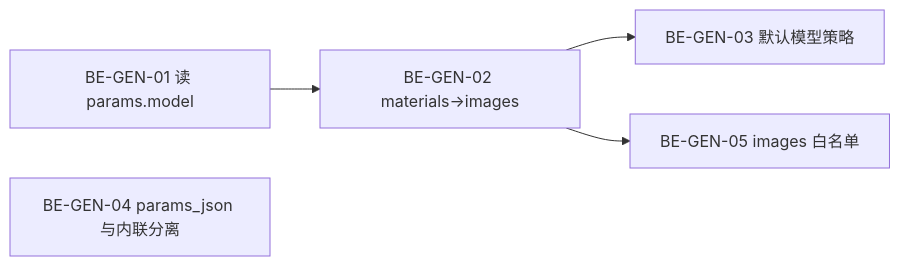
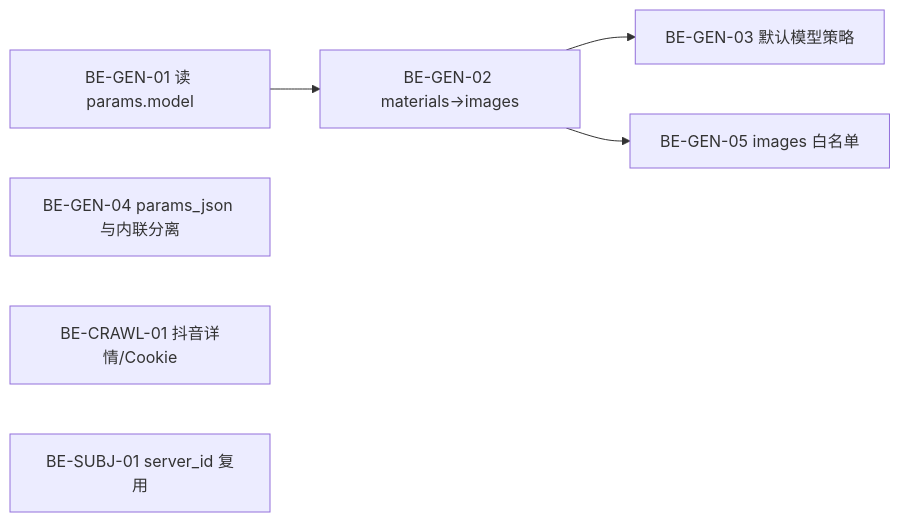
Before and after one commit to x-PiXiu/WebReaper: the diagram in Docs/Plans/16-统一生成后端已知问题与修复清单.md, drawn with Mermaid. The commit also changed other lines of this file, not shown here.

````diff
--- a/Docs/Plans/16-统一生成后端已知问题与修复清单.md
+++ b/Docs/Plans/16-统一生成后端已知问题与修复清单.md
@@ -282,8 +417,10 @@
 ```mermaid
 flowchart LR
   A[BE-GEN-01 读 params.model] --> B[BE-GEN-02 materials→images]
   B --> C[BE-GEN-03 默认模型策略]
-  D[BE-GEN-04 params_json 与内联分离] 
+  D[BE-GEN-04 params_json 与内联分离]
   E[BE-GEN-05 images 白名单]
+  F[BE-CRAWL-01 抖音详情/Cookie]
+  G[BE-SUBJ-01 server_id 复用]
   B --> E
 ```
````
